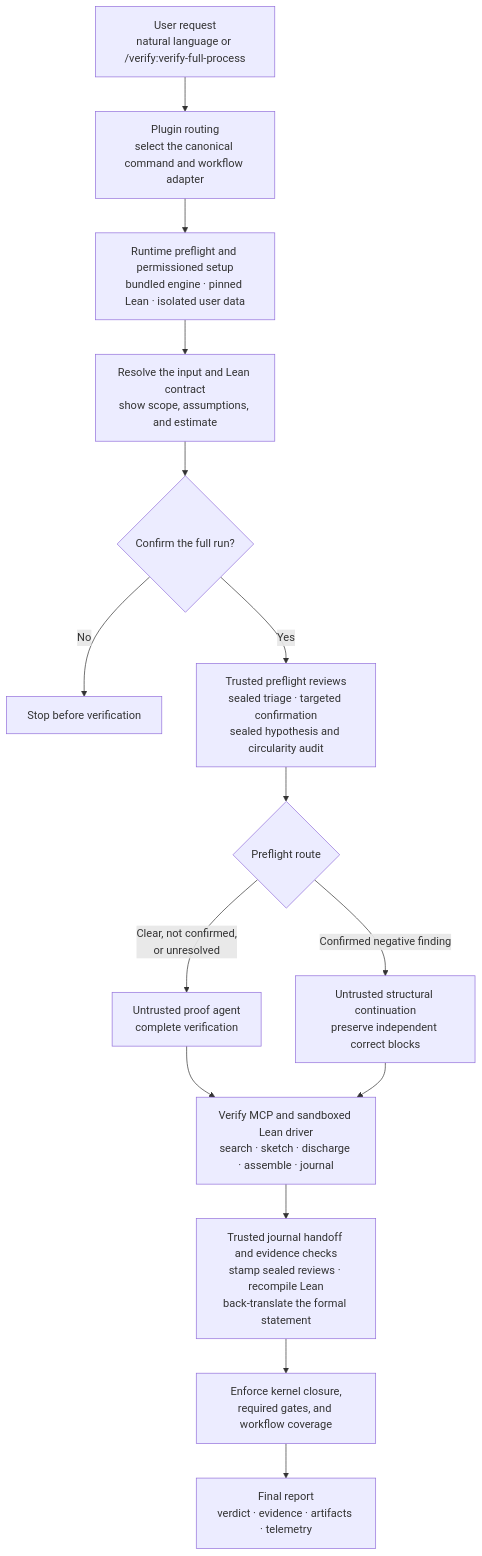
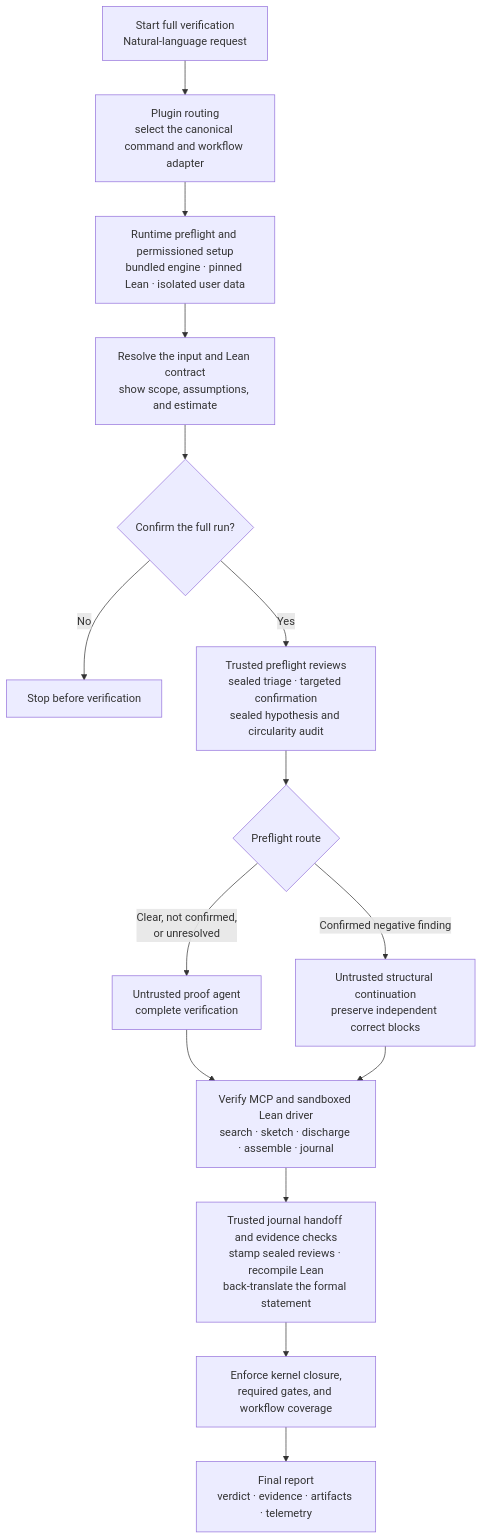
The second of 2 diagrams in README.md (jin-yidan/verify-harness), drawn with Mermaid before and after one commit.

Commit message:
Simplify harness flow entry label

````diff
--- a/README.md
+++ b/README.md
@@ -101,30 +101,30 @@
 ```mermaid
 flowchart TD
-    request["User request<br/>natural language or /verify:verify-full-process"]
+    request["Start full verification<br/>Natural-language request"]
     routing["Plugin routing<br/>select the canonical command and workflow adapter"]
     runtime["Runtime preflight and permissioned setup<br/>bundled engine · pinned Lean · isolated user data"]
     contract["Resolve the input and Lean contract<br/>show scope, assumptions, and estimate"]
     confirmation{"Confirm the full run?"}
     prepared["Stop before verification"]
 
     reviews["Trusted preflight reviews<br/>sealed triage · targeted confirmation<br/>sealed hypothesis and circularity audit"]
     preflight{"Preflight route"}
 
     fullAgent["Untrusted proof agent<br/>complete verification"]
     structuralAgent["Untrusted structural continuation<br/>preserve independent correct blocks"]
     engine["Verify MCP and sandboxed Lean driver<br/>search · sketch · discharge · assemble · journal"]
 
     handoff["Trusted journal handoff and evidence checks<br/>stamp sealed reviews · recompile Lean<br/>back-translate the formal statement"]
     enforcement["Enforce kernel closure,<br/>required gates, and workflow coverage"]
     report["Final report<br/>verdict · evidence · artifacts · telemetry"]
 
     request --> routing --> runtime --> contract --> confirmation
     confirmation -- "No" --> prepared
     confirmation -- "Yes" --> reviews --> preflight
 
     preflight -- "Clear, not confirmed,<br/>or unresolved" --> fullAgent
     preflight -- "Confirmed negative finding" --> structuralAgent
     fullAgent --> engine
     structuralAgent --> engine
     engine --> handoff --> enforcement --> report
 ```
````
